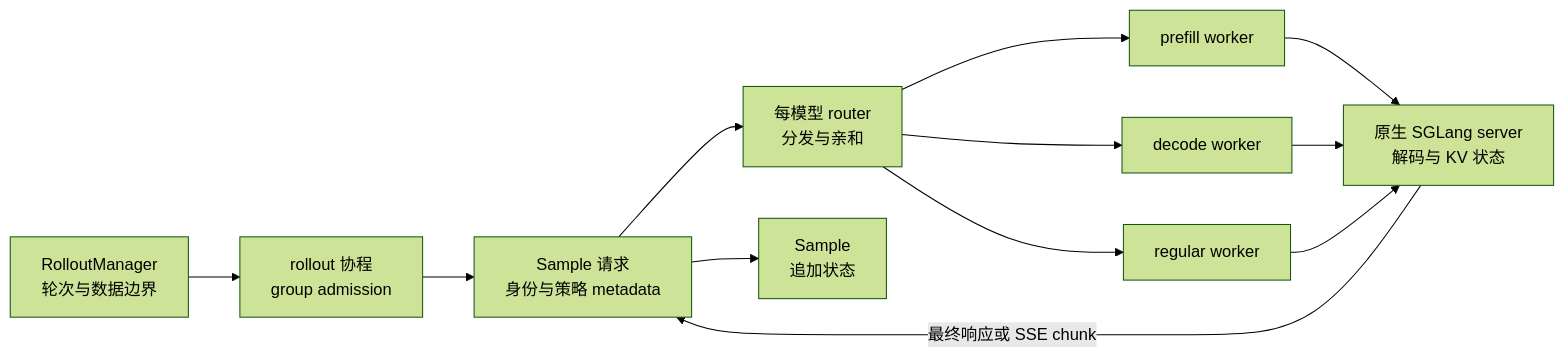
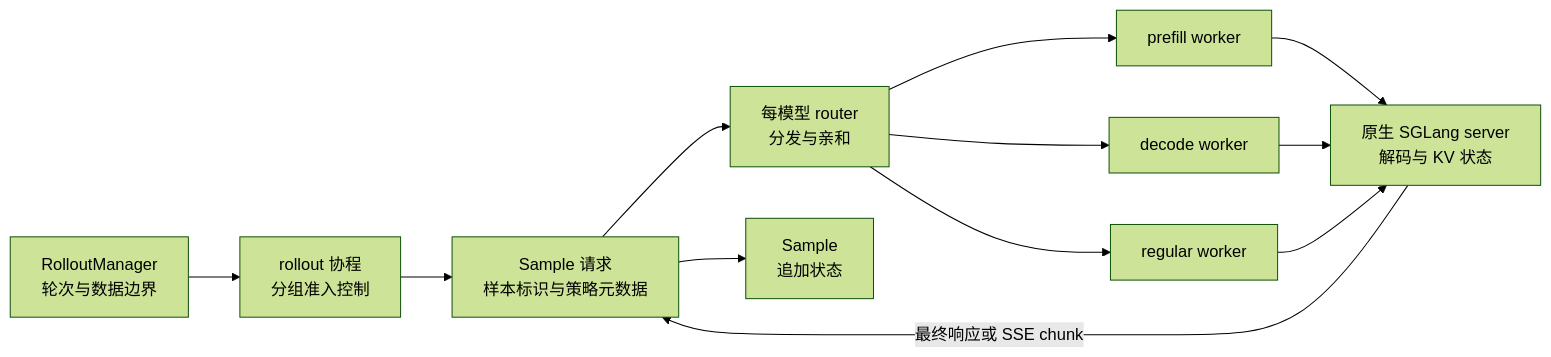
One commit to suhaibo666/llm-knowledge changed the diagram in wiki/02_engineering/04_posttrain_frameworks/slime/13_slime_sglang_rollout_engine_analysis.md. Above: the diagram before and after it, drawn with Mermaid (forest theme). The commit also changed other lines of this file and 21 other files, not shown here.

````diff
--- a/wiki/02_engineering/04_posttrain_frameworks/slime/13_slime_sglang_rollout_engine_analysis.md
+++ b/wiki/02_engineering/04_posttrain_frameworks/slime/13_slime_sglang_rollout_engine_analysis.md
@@ -30,14 +30,14 @@
 ```mermaid
 flowchart LR
-    RM["RolloutManager<br/>轮次与数据边界"] --> GL["rollout 协程<br/>group admission"]
-    GL --> RQ["Sample 请求<br/>身份与策略 metadata"]
+    RM["RolloutManager<br/>轮次与数据边界"] --> GL["rollout 协程<br/>分组准入控制"]
+    GL --> RQ["Sample 请求<br/>样本标识与策略元数据"]
     RQ --> RT["每模型 router<br/>分发与亲和"]
     RT --> PF["prefill worker"]
     RT --> DC["decode worker"]
     RT --> RG["regular worker"]
     PF --> SG["原生 SGLang server<br/>解码与 KV 状态"]
     DC --> SG
     RG --> SG
     SG -->|最终响应或 SSE chunk| RQ
     RQ --> SM["Sample<br/>追加状态"]
 ```
````
